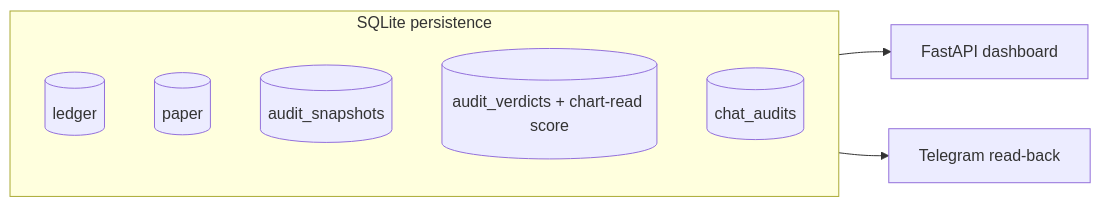
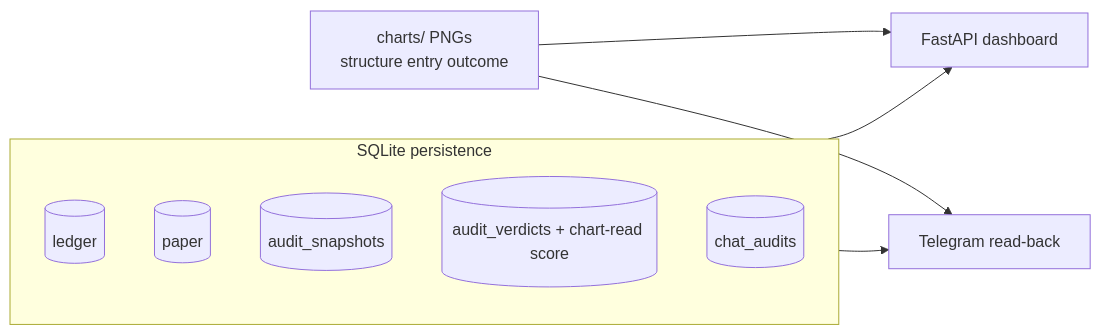
One commit to abagui11/eth-trading-bot changed the sixth of 6 diagrams in deploy/PROJECT_STATE.md. Above: the diagram before and after it, drawn with Mermaid. The commit also changed other lines of this file and 9 other files, not shown here.

First line of the commit message:
Add expandable trade journal with dual H4/M5 charts and outcome PNGs.

````diff
--- a/deploy/PROJECT_STATE.md
+++ b/deploy/PROJECT_STATE.md
@@ -178,13 +178,15 @@
 ```mermaid
 flowchart LR
     subgraph STORE["SQLite persistence"]
         DB1[(ledger)]
         DB2[(paper)]
         DB3[(audit_snapshots)]
         DB4[(audit_verdicts + chart-read score)]
         DB5[(chat_audits)]
     end
 
     STORE --> DASH[FastAPI dashboard]
     STORE --> TG[Telegram read-back]
+    PNG[charts/ PNGs<br/>structure entry outcome] --> DASH
+    PNG --> TG
 ```
````
